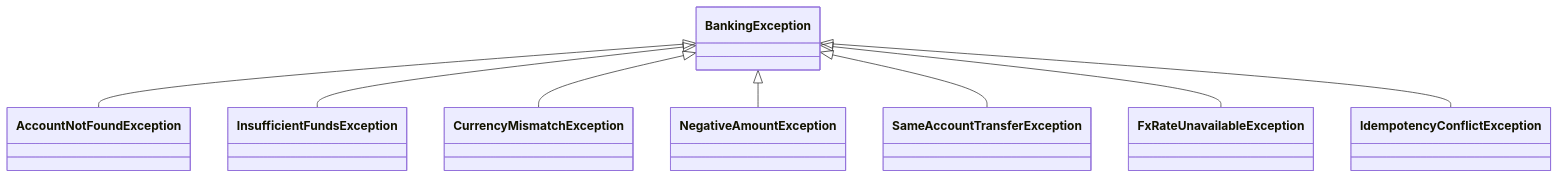
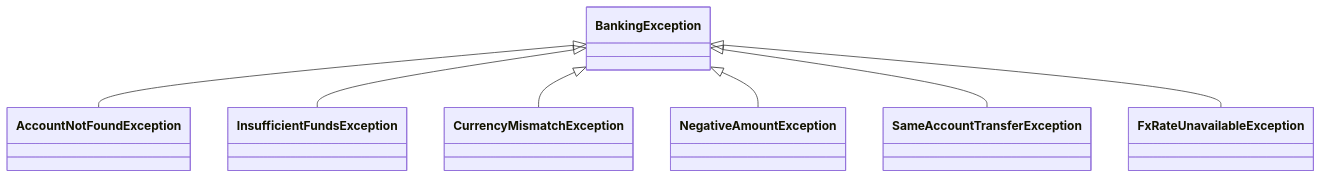
Before and after one commit to ngaikkeung/firstcircle-banking: the second of 2 diagrams in doc/system-overview.md, drawn with Mermaid. The commit also changed other lines of this file and 19 other files, not shown here.

````diff
--- a/doc/system-overview.md
+++ b/doc/system-overview.md
@@ -106,19 +101,17 @@
 ```mermaid
 classDiagram
     class BankingException
     class AccountNotFoundException
     class InsufficientFundsException
     class CurrencyMismatchException
     class NegativeAmountException
     class SameAccountTransferException
     class FxRateUnavailableException
-    class IdempotencyConflictException
 
     BankingException <|-- AccountNotFoundException
     BankingException <|-- InsufficientFundsException
     BankingException <|-- CurrencyMismatchException
     BankingException <|-- NegativeAmountException
     BankingException <|-- SameAccountTransferException
     BankingException <|-- FxRateUnavailableException
-    BankingException <|-- IdempotencyConflictException
 ```
````
